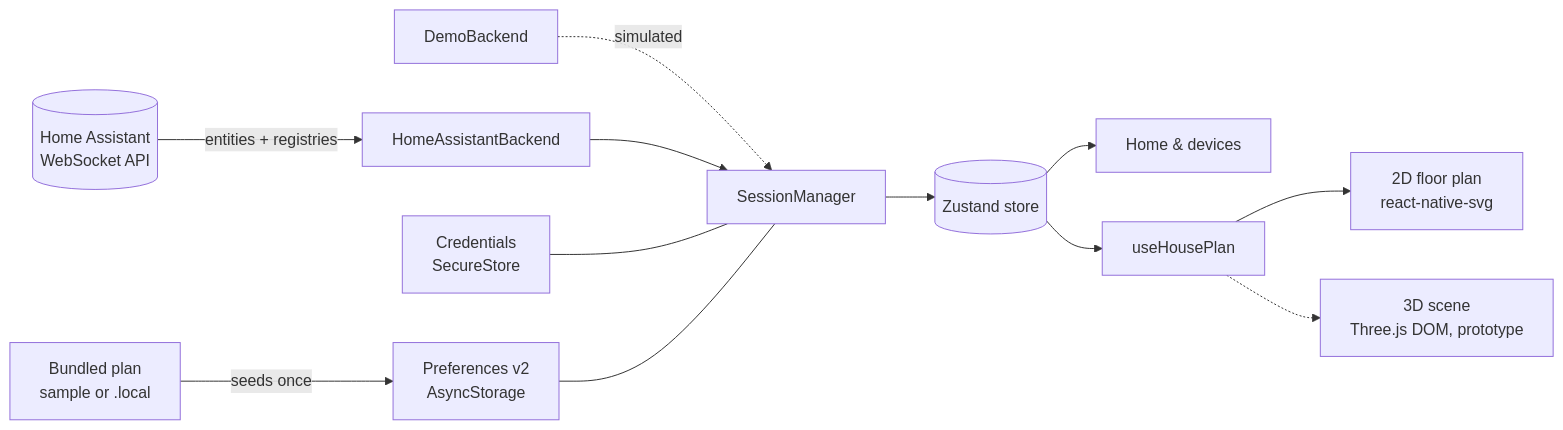
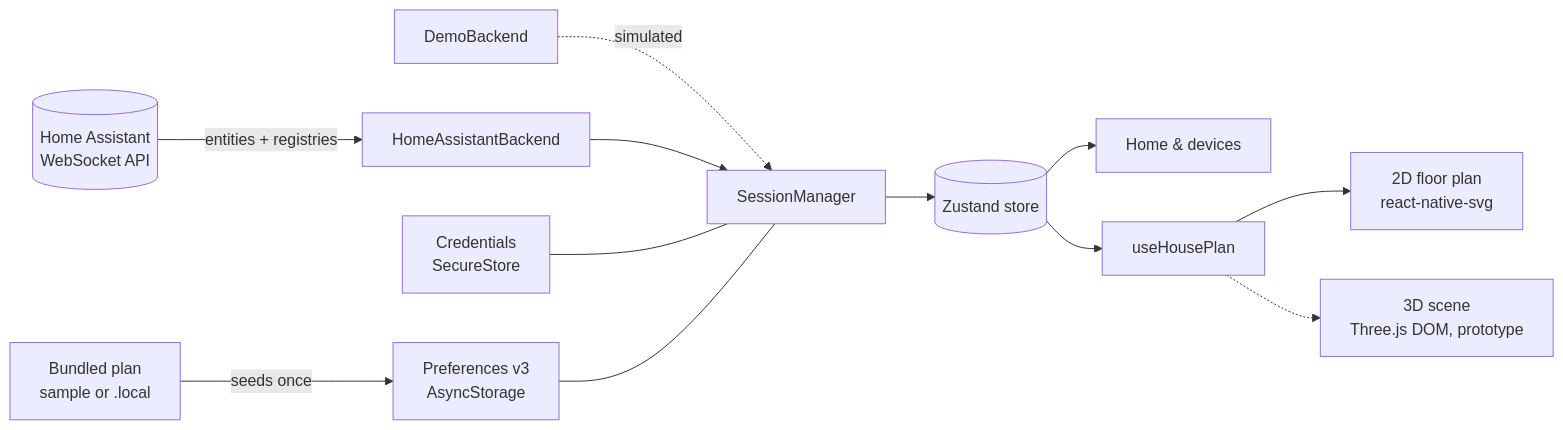
One commit to Jeremya/cockpit-home-assistant changed the diagram in README.md. Above: the diagram before and after it, drawn with Mermaid. The commit also changed other lines of this file and 9 other files, not shown here.

````diff
--- a/README.md
+++ b/README.md
@@ -151,14 +151,14 @@
 ```mermaid
 flowchart LR
   HA[("Home Assistant<br/>WebSocket API")] -->|entities + registries| HAB[HomeAssistantBackend]
   DEMO[DemoBackend] -.->|simulated| SM
   HAB --> SM[SessionManager]
   SM --> STORE[(Zustand store)]
   CRED[Credentials<br/>SecureStore] --- SM
-  PREFS[Preferences v2<br/>AsyncStorage] --- SM
+  PREFS[Preferences v3<br/>AsyncStorage] --- SM
   PLAN[Bundled plan<br/>sample or .local] -->|seeds once| PREFS
   STORE --> HOME[Home & devices]
   STORE --> USEPLAN[useHousePlan]
   USEPLAN --> SVG[2D floor plan<br/>react-native-svg]
   USEPLAN -.-> SCENE[3D scene<br/>Three.js DOM, prototype]
 ```
````
